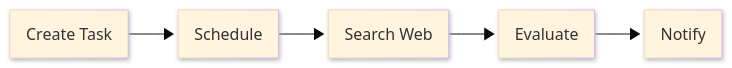
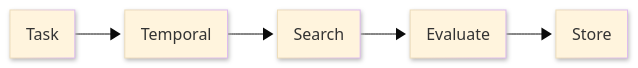
The diagram in docs-site/index.md (prassanna-ravishankar/torale), drawn with Mermaid before and after one commit. The commit also changed other lines of this file, not shown here.

````diff
--- a/docs-site/index.md
+++ b/docs-site/index.md
@@ -75,15 +46,15 @@
 ```mermaid
 ---
 config:
   look: neo
   theme: base
 ---
 flowchart LR
-    A[Create Task]
-    B[Schedule]
-    C[Search Web]
+    A[Task]
+    B[Temporal]
+    C[Search]
     D[Evaluate]
-    E[Notify]
+    E[Store]
 
     A --> B --> C --> D --> E
 ```
````
